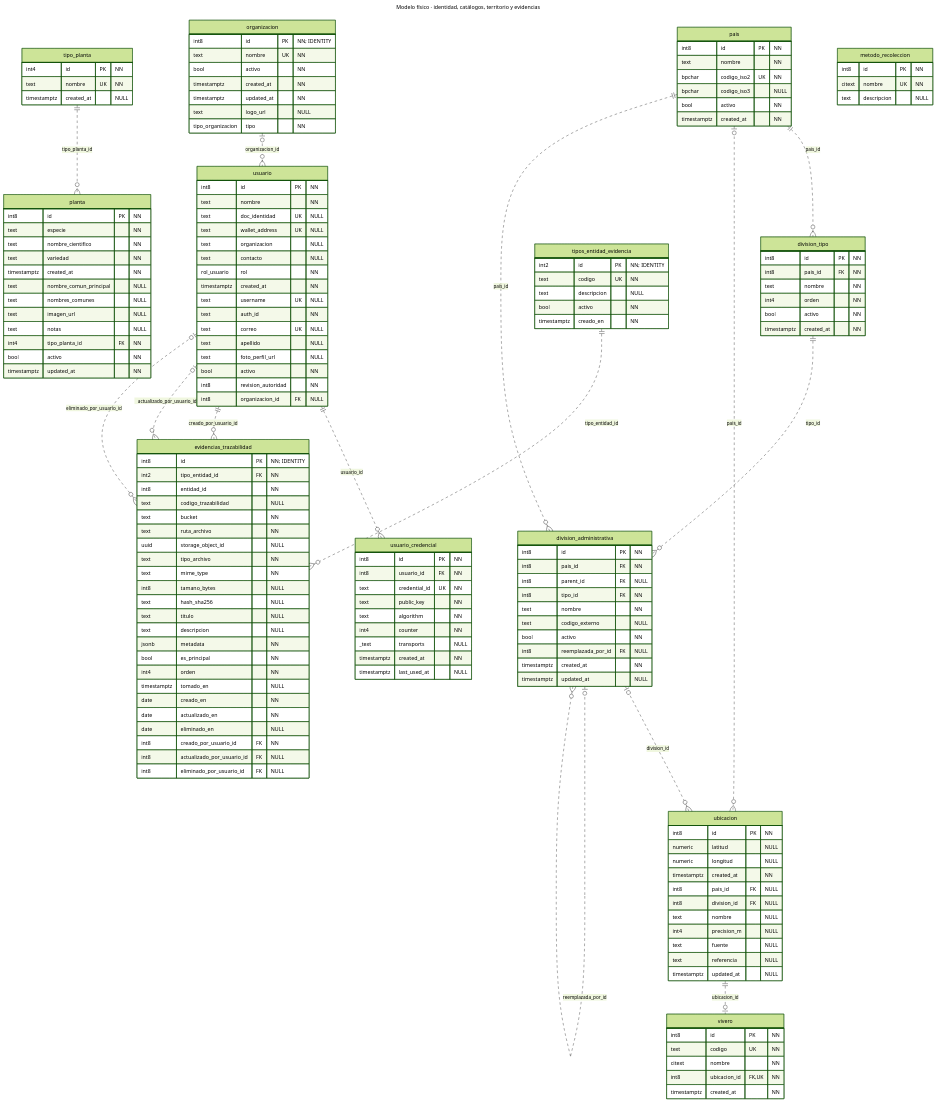
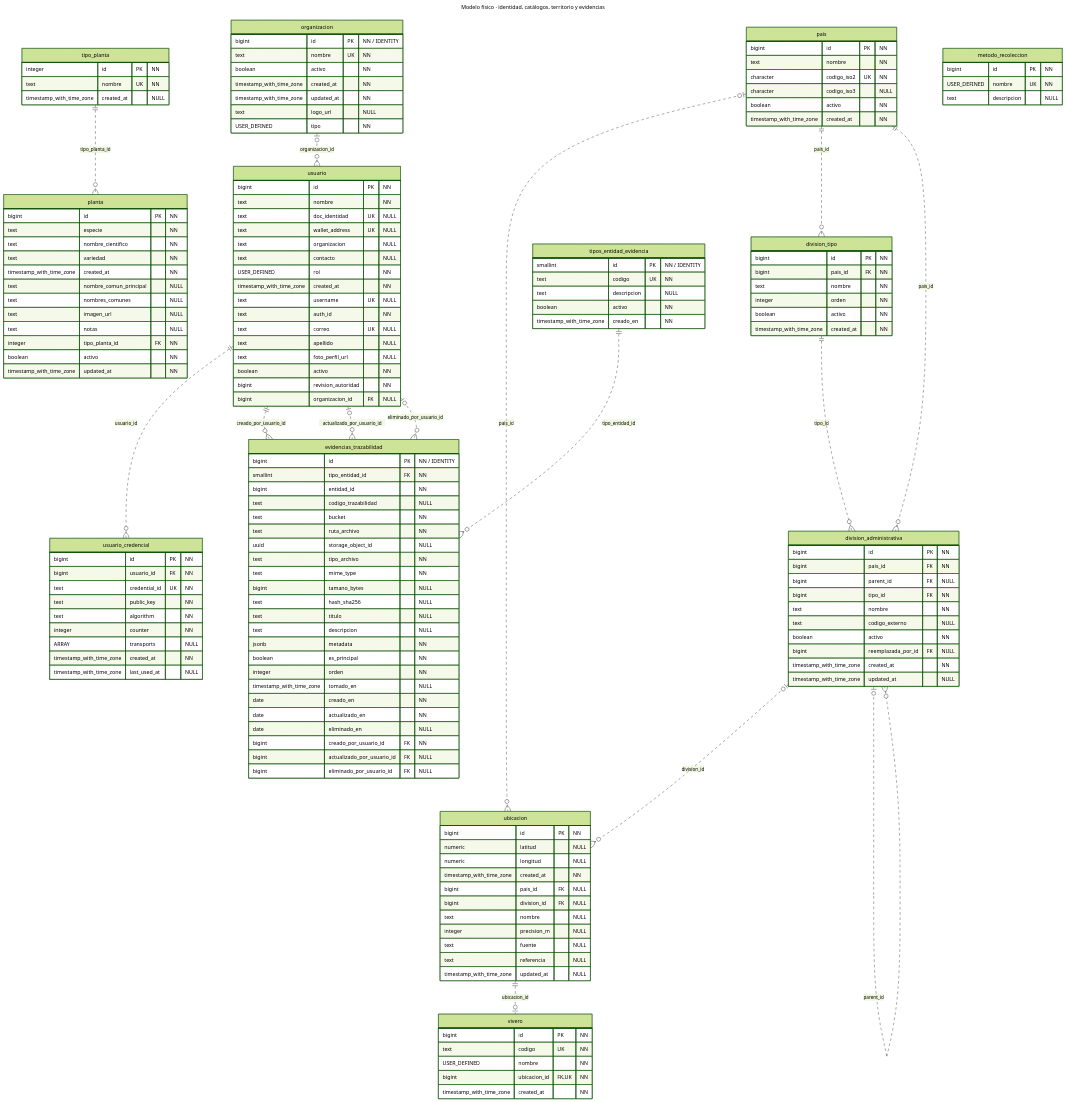
The diagram in database/diagramas/modelo-fisico-general.mmd (R3foresta/r3foresta-docs), drawn with Mermaid (forest theme) before and after one commit. The commit also changed 49 other files, not shown here.

```diff
--- a/database/diagramas/modelo-fisico-general.mmd
+++ b/database/diagramas/modelo-fisico-general.mmd
@@ -1,194 +1,195 @@
 ---
 title: Modelo físico · identidad, catálogos, territorio y evidencias
 ---
 erDiagram
   direction TB
   %% Generado por database/scripts/generar-modelo-fisico.mjs.
   %% NULL / NN e IDENTITY proceden de la exportación aportada.
-  %% FK simples: catálogo PostgREST. FK compuestas: SQL 070/072/074/082.
+  %% FK del extracto aportado. Claves compuestas agrupadas y contrastadas con SQL local.
+  %% USER_DEFINED conserva el tipo no resuelto por el extracto.
   %% La vista temática solo dibuja relaciones cuyos dos extremos están incluidos.
   usuario {
-    int8 id PK "NN"
+    bigint id PK "NN"
     text nombre "NN"
     text doc_identidad UK "NULL"
     text wallet_address UK "NULL"
     text organizacion "NULL"
     text contacto "NULL"
-    rol_usuario rol "NN"
-    timestamptz created_at "NN"
+    USER_DEFINED rol "NN"
+    timestamp_with_time_zone created_at "NN"
     text username UK "NULL"
     text auth_id "NN"
     text correo UK "NULL"
     text apellido "NULL"
     text foto_perfil_url "NULL"
-    bool activo "NN"
-    int8 revision_autoridad "NN"
-    int8 organizacion_id FK "NULL"
+    boolean activo "NN"
+    bigint revision_autoridad "NN"
+    bigint organizacion_id FK "NULL"
   }
 
   usuario_credencial {
-    int8 id PK "NN"
-    int8 usuario_id FK "NN"
+    bigint id PK "NN"
+    bigint usuario_id FK "NN"
     text credential_id UK "NN"
     text public_key "NN"
     text algorithm "NN"
-    int4 counter "NN"
-    _text transports "NULL"
-    timestamptz created_at "NN"
-    timestamptz last_used_at "NULL"
+    integer counter "NN"
+    ARRAY transports "NULL"
+    timestamp_with_time_zone created_at "NN"
+    timestamp_with_time_zone last_used_at "NULL"
   }
 
   organizacion {
-    int8 id PK "NN; IDENTITY"
+    bigint id PK "NN / IDENTITY"
     text nombre UK "NN"
-    bool activo "NN"
-    timestamptz created_at "NN"
-    timestamptz updated_at "NN"
+    boolean activo "NN"
+    timestamp_with_time_zone created_at "NN"
+    timestamp_with_time_zone updated_at "NN"
     text logo_url "NULL"
-    tipo_organizacion tipo "NN"
+    USER_DEFINED tipo "NN"
   }
 
   planta {
-    int8 id PK "NN"
+    bigint id PK "NN"
     text especie "NN"
     text nombre_cientifico "NN"
     text variedad "NN"
-    timestamptz created_at "NN"
+    timestamp_with_time_zone created_at "NN"
     text nombre_comun_principal "NULL"
     text nombres_comunes "NULL"
     text imagen_url "NULL"
     text notas "NULL"
-    int4 tipo_planta_id FK "NN"
-    bool activo "NN"
-    timestamptz updated_at "NN"
+    integer tipo_planta_id FK "NN"
+    boolean activo "NN"
+    timestamp_with_time_zone updated_at "NN"
   }
 
   tipo_planta {
-    int4 id PK "NN"
+    integer id PK "NN"
     text nombre UK "NN"
-    timestamptz created_at "NULL"
+    timestamp_with_time_zone created_at "NULL"
   }
 
   pais {
-    int8 id PK "NN"
+    bigint id PK "NN"
     text nombre "NN"
-    bpchar codigo_iso2 UK "NN"
-    bpchar codigo_iso3 "NULL"
-    bool activo "NN"
-    timestamptz created_at "NN"
+    character codigo_iso2 UK "NN"
+    character codigo_iso3 "NULL"
+    boolean activo "NN"
+    timestamp_with_time_zone created_at "NN"
   }
 
   division_tipo {
-    int8 id PK "NN"
-    int8 pais_id FK "NN"
+    bigint id PK "NN"
+    bigint pais_id FK "NN"
     text nombre "NN"
-    int4 orden "NN"
-    bool activo "NN"
-    timestamptz created_at "NN"
+    integer orden "NN"
+    boolean activo "NN"
+    timestamp_with_time_zone created_at "NN"
   }
 
   division_administrativa {
-    int8 id PK "NN"
-    int8 pais_id FK "NN"
-    int8 parent_id FK "NULL"
-    int8 tipo_id FK "NN"
+    bigint id PK "NN"
+    bigint pais_id FK "NN"
+    bigint parent_id FK "NULL"
+    bigint tipo_id FK "NN"
     text nombre "NN"
     text codigo_externo "NULL"
-    bool activo "NN"
-    int8 reemplazada_por_id FK "NULL"
-    timestamptz created_at "NN"
-    timestamptz updated_at "NULL"
+    boolean activo "NN"
+    bigint reemplazada_por_id FK "NULL"
+    timestamp_with_time_zone created_at "NN"
+    timestamp_with_time_zone updated_at "NULL"
   }
 
   ubicacion {
-    int8 id PK "NN"
+    bigint id PK "NN"
     numeric latitud "NULL"
     numeric longitud "NULL"
-    timestamptz created_at "NN"
-    int8 pais_id FK "NULL"
-    int8 division_id FK "NULL"
+    timestamp_with_time_zone created_at "NN"
+    bigint pais_id FK "NULL"
+    bigint division_id FK "NULL"
     text nombre "NULL"
-    int4 precision_m "NULL"
+    integer precision_m "NULL"
     text fuente "NULL"
     text referencia "NULL"
-    timestamptz updated_at "NULL"
+    timestamp_with_time_zone updated_at "NULL"
   }
 
   vivero {
-    int8 id PK "NN"
+    bigint id PK "NN"
     text codigo UK "NN"
-    citext nombre "NN"
-    int8 ubicacion_id FK, UK "NN"
-    timestamptz created_at "NN"
+    USER_DEFINED nombre "NN"
+    bigint ubicacion_id FK, UK "NN"
+    timestamp_with_time_zone created_at "NN"
   }
 
   metodo_recoleccion {
-    int8 id PK "NN"
-    citext nombre UK "NN"
+    bigint id PK "NN"
+    USER_DEFINED nombre UK "NN"
     text descripcion "NULL"
   }
 
   tipos_entidad_evidencia {
-    int2 id PK "NN; IDENTITY"
+    smallint id PK "NN / IDENTITY"
     text codigo UK "NN"
     text descripcion "NULL"
-    bool activo "NN"
-    timestamptz creado_en "NN"
+    boolean activo "NN"
+    timestamp_with_time_zone creado_en "NN"
   }
 
   evidencias_trazabilidad {
-    int8 id PK "NN; IDENTITY"
-    int2 tipo_entidad_id FK "NN"
-    int8 entidad_id "NN"
+    bigint id PK "NN / IDENTITY"
+    smallint tipo_entidad_id FK "NN"
+    bigint entidad_id "NN"
     text codigo_trazabilidad "NULL"
     text bucket "NN"
     text ruta_archivo "NN"
     uuid storage_object_id "NULL"
     text tipo_archivo "NN"
     text mime_type "NN"
-    int8 tamano_bytes "NULL"
+    bigint tamano_bytes "NULL"
     text hash_sha256 "NULL"
     text titulo "NULL"
     text descripcion "NULL"
     jsonb metadata "NN"
-    bool es_principal "NN"
-    int4 orden "NN"
-    timestamptz tomado_en "NULL"
+    boolean es_principal "NN"
+    integer orden "NN"
+    timestamp_with_time_zone tomado_en "NULL"
     date creado_en "NN"
     date actualizado_en "NN"
     date eliminado_en "NULL"
-    int8 creado_por_usuario_id FK "NN"
-    int8 actualizado_por_usuario_id FK "NULL"
-    int8 eliminado_por_usuario_id FK "NULL"
+    bigint creado_por_usuario_id FK "NN"
+    bigint actualizado_por_usuario_id FK "NULL"
+    bigint eliminado_por_usuario_id FK "NULL"
   }
 
-  %% PostgREST: planta(tipo_planta_id) -> tipo_planta(id)
+  %% Extracto aportado: usuario(organizacion_id) -> organizacion(id)
+  organizacion |o..o{ usuario : "organizacion_id"
+  %% Extracto aportado: ubicacion(pais_id) -> pais(id)
+  pais |o..o{ ubicacion : "pais_id"
+  %% Extracto aportado: ubicacion(division_id) -> division_administrativa(id)
+  division_administrativa |o..o{ ubicacion : "division_id"
+  %% Extracto aportado: vivero(ubicacion_id) -> ubicacion(id)
+  ubicacion ||..o| vivero : "ubicacion_id"
+  %% Extracto aportado: planta(tipo_planta_id) -> tipo_planta(id)
   tipo_planta ||..o{ planta : "tipo_planta_id"
-  %% PostgREST: usuario_credencial(usuario_id) -> usuario(id)
+  %% Extracto aportado: usuario_credencial(usuario_id) -> usuario(id)
   usuario ||..o{ usuario_credencial : "usuario_id"
-  %% PostgREST: division_tipo(pais_id) -> pais(id)
+  %% Extracto aportado: division_tipo(pais_id) -> pais(id)
   pais ||..o{ division_tipo : "pais_id"
-  %% PostgREST: vivero(ubicacion_id) -> ubicacion(id)
-  ubicacion ||..o| vivero : "ubicacion_id"
-  %% PostgREST: ubicacion(pais_id) -> pais(id)
-  pais |o..o{ ubicacion : "pais_id"
-  %% PostgREST: ubicacion(division_id) -> division_administrativa(id)
-  division_administrativa |o..o{ ubicacion : "division_id"
-  %% PostgREST: division_administrativa(pais_id) -> pais(id)
+  %% Extracto aportado: division_administrativa(pais_id) -> pais(id)
   pais ||..o{ division_administrativa : "pais_id"
-  %% PostgREST: division_administrativa(parent_id) -> division_administrativa(id)
+  %% Extracto aportado: division_administrativa(tipo_id) -> division_tipo(id)
+  division_tipo ||..o{ division_administrativa : "tipo_id"
+  %% Extracto aportado: division_administrativa(reemplazada_por_id) -> division_administrativa(id)
+  division_administrativa |o..o{ division_administrativa : "reemplazada_por_id"
+  %% Extracto aportado: division_administrativa(parent_id) -> division_administrativa(id)
   division_administrativa |o..o{ division_administrativa : "parent_id"
-  %% PostgREST: division_administrativa(tipo_id) -> division_tipo(id)
-  division_tipo ||..o{ division_administrativa : "tipo_id"
-  %% PostgREST: division_administrativa(reemplazada_por_id) -> division_administrativa(id)
-  division_administrativa |o..o{ division_administrativa : "reemplazada_por_id"
-  %% PostgREST: evidencias_trazabilidad(tipo_entidad_id) -> tipos_entidad_evidencia(id)
+  %% Extracto aportado: evidencias_trazabilidad(tipo_entidad_id) -> tipos_entidad_evidencia(id)
   tipos_entidad_evidencia ||..o{ evidencias_trazabilidad : "tipo_entidad_id"
-  %% PostgREST: evidencias_trazabilidad(creado_por_usuario_id) -> usuario(id)
+  %% Extracto aportado: evidencias_trazabilidad(creado_por_usuario_id) -> usuario(id)
   usuario ||..o{ evidencias_trazabilidad : "creado_por_usuario_id"
-  %% PostgREST: evidencias_trazabilidad(actualizado_por_usuario_id) -> usuario(id)
+  %% Extracto aportado: evidencias_trazabilidad(actualizado_por_usuario_id) -> usuario(id)
   usuario |o..o{ evidencias_trazabilidad : "actualizado_por_usuario_id"
-  %% PostgREST: evidencias_trazabilidad(eliminado_por_usuario_id) -> usuario(id)
+  %% Extracto aportado: evidencias_trazabilidad(eliminado_por_usuario_id) -> usuario(id)
   usuario |o..o{ evidencias_trazabilidad : "eliminado_por_usuario_id"
-  %% PostgREST: usuario(organizacion_id) -> organizacion(id)
-  organizacion |o..o{ usuario : "organizacion_id"
```
